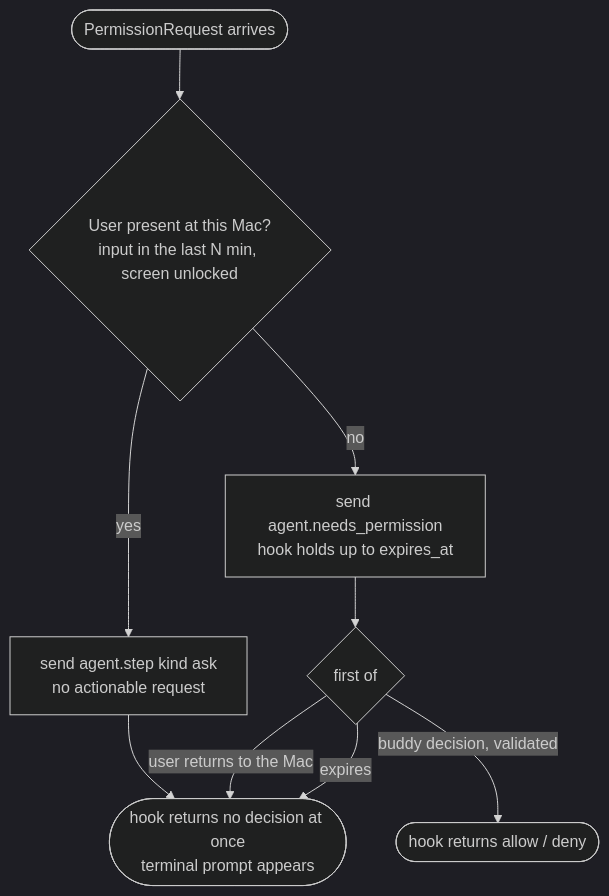
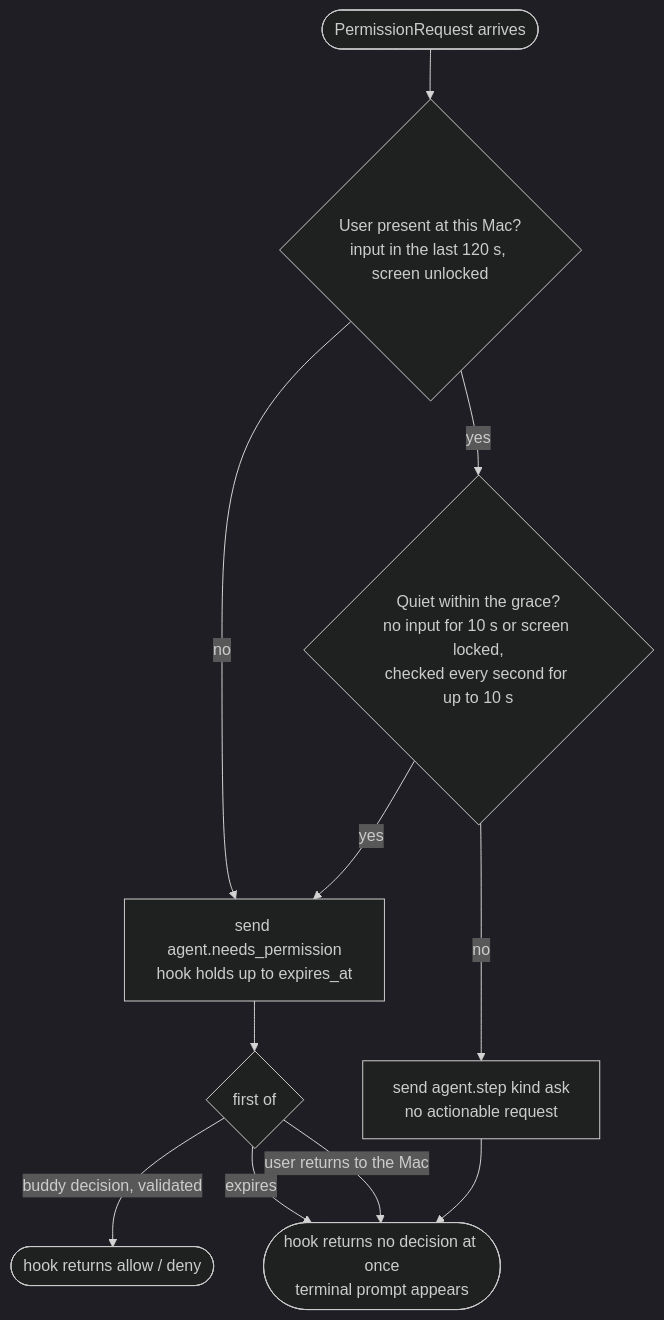
Before and after one commit to jaycorpstudios/clawd-body: the second of 3 diagrams in docs/flows/remote-decision-flow.md, drawn with Mermaid (dark theme). The commit also changed other lines of this file and 5 other files, not shown here.

Commit message:
hilod: presence is re-checked over a 10 s grace (no input that long, or a locked screen, sends the request to the buddy); coming back is input in the last 3 s. Risk policy unchanged

````diff
--- a/docs/flows/remote-decision-flow.md
+++ b/docs/flows/remote-decision-flow.md
@@ -32,9 +32,11 @@
 ```mermaid
 flowchart TD
-    R([PermissionRequest arrives]) --> P{User present at this Mac?<br/>input in the last N min, screen unlocked}
-    P -->|yes| Show[send agent.step kind ask<br/>no actionable request] --> Now([hook returns no decision at once<br/>terminal prompt appears])
+    R([PermissionRequest arrives]) --> P{User present at this Mac?<br/>input in the last 120 s, screen unlocked}
+    P -->|yes| G{Quiet within the grace?<br/>no input for 10 s or screen locked,<br/>checked every second for up to 10 s}
+    G -->|yes| Hold
+    G -->|no| Show[send agent.step kind ask<br/>no actionable request] --> Now([hook returns no decision at once<br/>terminal prompt appears])
     P -->|no| Hold[send agent.needs_permission<br/>hook holds up to expires_at] --> W{first of}
     W -->|buddy decision, validated| Out([hook returns allow / deny])
     W -->|user returns to the Mac| Now
     W -->|expires| Now
 ```
````
